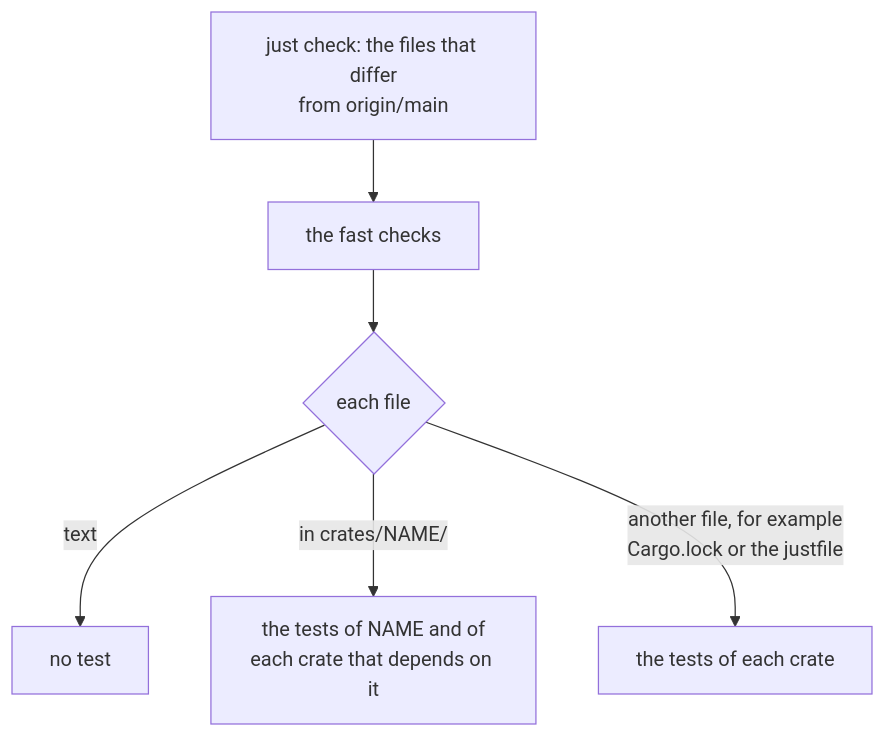
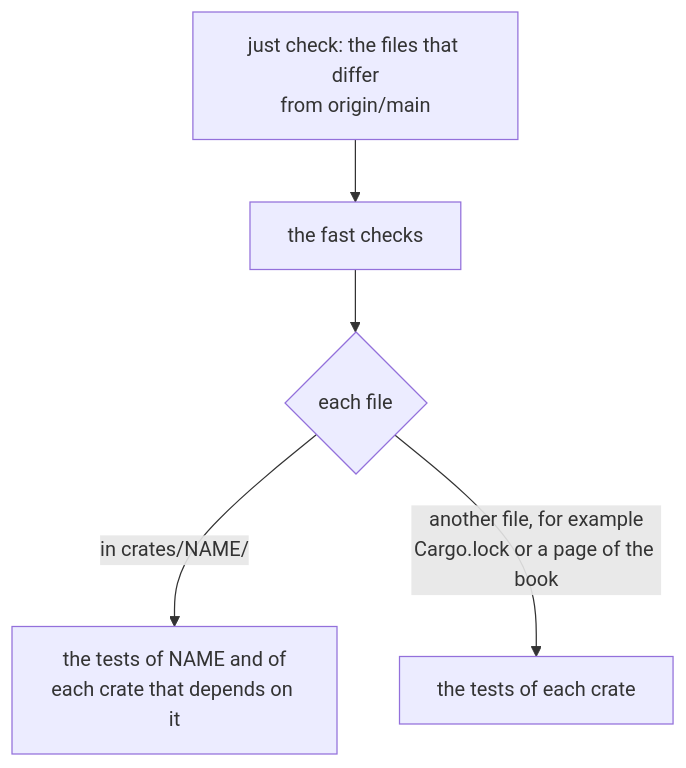
The first of 15 diagrams in docs/src/development.md (como-technologies/riff), drawn with Mermaid before and after one commit. The commit also changed 4 other files, not shown here.

Commit message:
WIP: just check tests each crate for a text file; the fake gh of forge_text answers the Gate

````diff
--- a/docs/src/development.md
+++ b/docs/src/development.md
@@ -36,8 +36,7 @@
 ```mermaid
 flowchart TD
     D["just check: the files that differ<br/>from origin/main"] --> F["the fast checks"]
     F --> T{"each file"}
-    T -- "text" --> N["no test"]
     T -- "in crates/NAME/" --> C["the tests of NAME and of<br/>each crate that depends on it"]
-    T -- "another file, for example<br/>Cargo.lock or the justfile" --> W["the tests of each crate"]
+    T -- "another file, for example<br/>Cargo.lock or a page of the book" --> W["the tests of each crate"]
 ```
````
